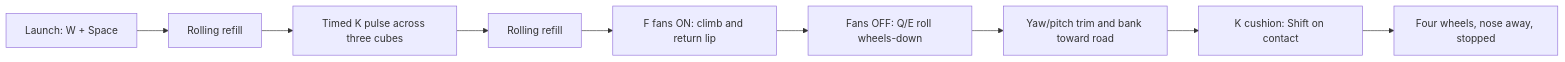
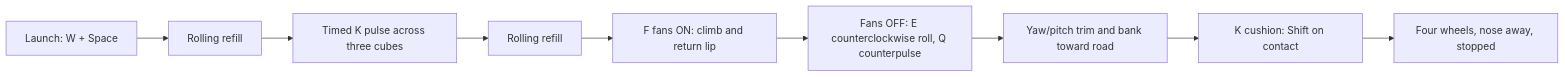
The diagram in references/dynamic-course.md (LunCoSim/roadster), drawn with Mermaid before and after one commit. The commit also changed other lines of this file and 22 other files, not shown here.

````diff
--- a/references/dynamic-course.md
+++ b/references/dynamic-course.md
@@ -11,11 +11,11 @@
 ```mermaid
 flowchart LR
   A[Launch: W + Space] --> B[Rolling refill]
   B --> C[Timed K pulse across three cubes]
   C --> D[Rolling refill]
   D --> E[F fans ON: climb and return lip]
-  E --> F[Fans OFF: Q/E roll wheels-down]
+  E --> F[Fans OFF: E counterclockwise roll, Q counterpulse]
   F --> G[Yaw/pitch trim and bank toward road]
   G --> H[K cushion: Shift on contact]
   H --> I[Four wheels, nose away, stopped]
 ```
````
